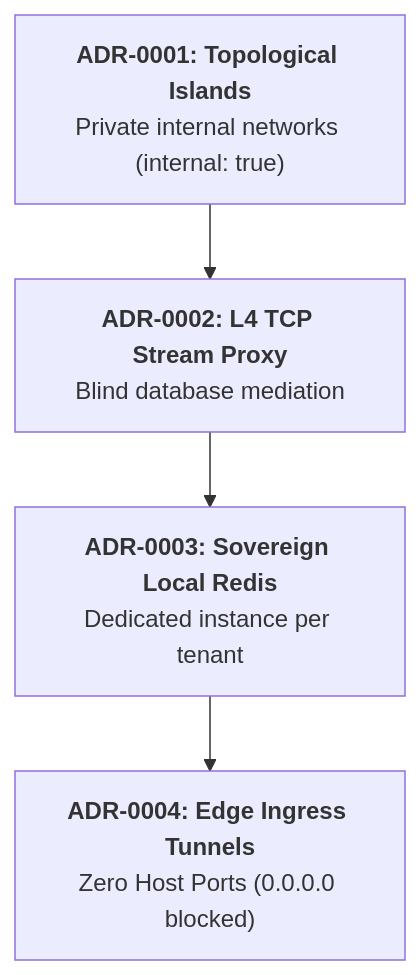
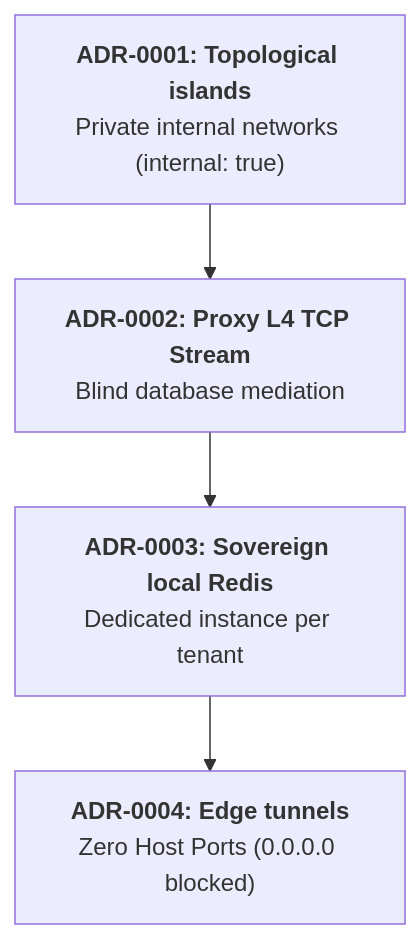
One commit to isora-cloud-group/stratum-hub changed the third of 4 diagrams in README.md. Above: the diagram before and after it, drawn with Mermaid. The commit also changed other lines of this file, not shown here.

````diff
--- a/README.md
+++ b/README.md
@@ -148,9 +161,9 @@
 ```mermaid
 flowchart TD
-    ADR1["<b>ADR-0001: Topological Islands</b><br/>Private internal networks (internal: true)"]
-    ADR2["<b>ADR-0002: L4 TCP Stream Proxy</b><br/>Blind database mediation"]
-    ADR3["<b>ADR-0003: Sovereign Local Redis</b><br/>Dedicated instance per tenant"]
-    ADR4["<b>ADR-0004: Edge Ingress Tunnels</b><br/>Zero Host Ports (0.0.0.0 blocked)"]
-    
+    ADR1["<b>ADR-0001: Topological islands</b><br/>Private internal networks (internal: true)"]
+    ADR2["<b>ADR-0002: Proxy L4 TCP Stream</b><br/>Blind database mediation"]
+    ADR3["<b>ADR-0003: Sovereign local Redis</b><br/>Dedicated instance per tenant"]
+    ADR4["<b>ADR-0004: Edge tunnels</b><br/>Zero Host Ports (0.0.0.0 blocked)"]
+
     ADR1 --> ADR2 --> ADR3 --> ADR4
 ```
````
